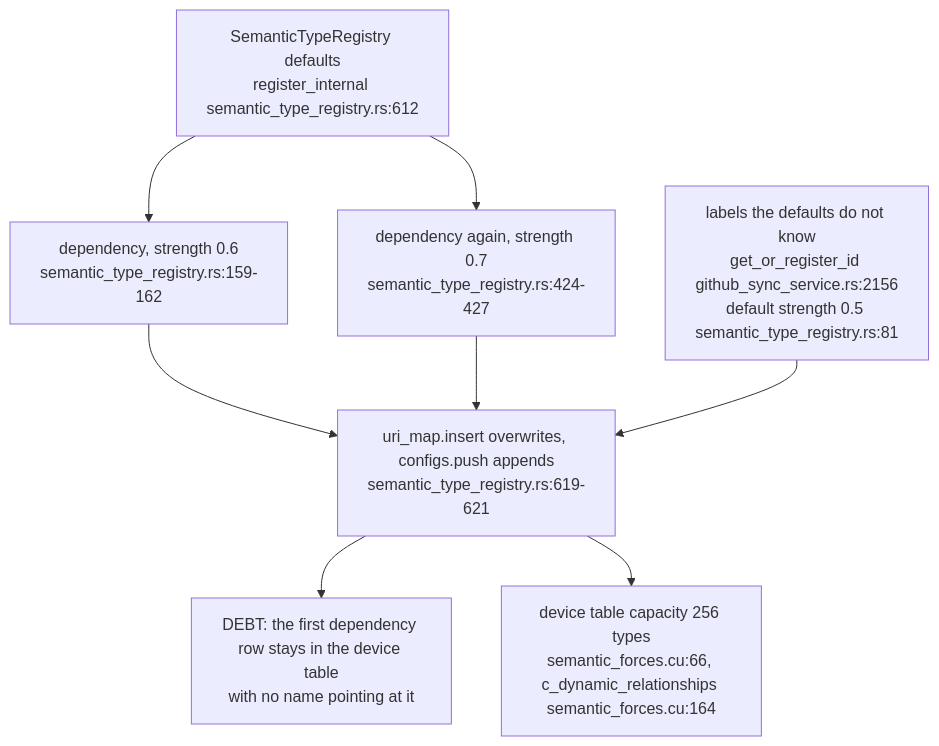
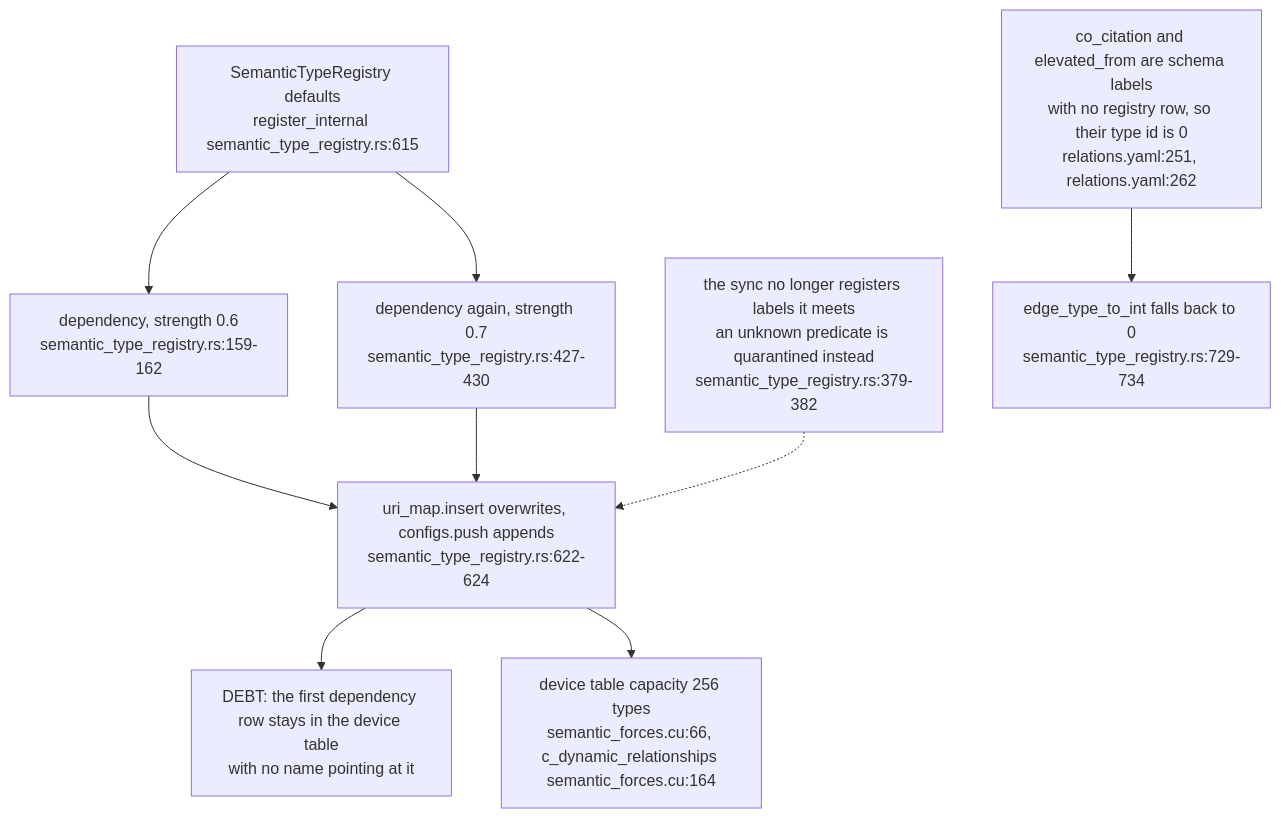
The fifth of 5 diagrams in docs/diagrams/visionclaw/58-corpus-page-to-gpu-edge.md (DreamLab-AI/VisionFlow), drawn with Mermaid before and after one commit. The commit also changed other lines of this file, not shown here.

First line of the commit message:
diagrams(visionclaw): re-verify VC-58 at visionclaw 4900ec60 after ADR-2204

````diff
--- a/docs/diagrams/visionclaw/58-corpus-page-to-gpu-edge.md
+++ b/docs/diagrams/visionclaw/58-corpus-page-to-gpu-edge.md
@@ -131,10 +142,11 @@
 ```mermaid
 flowchart TB
-    NEW["SemanticTypeRegistry defaults<br/>register_internal semantic_type_registry.rs:612"] --> D1["dependency, strength 0.6<br/>semantic_type_registry.rs:159-162"]
-    NEW --> D2["dependency again, strength 0.7<br/>semantic_type_registry.rs:424-427"]
-    D1 --> MAP["uri_map.insert overwrites, configs.push appends<br/>semantic_type_registry.rs:619-621"]
+    NEW["SemanticTypeRegistry defaults<br/>register_internal semantic_type_registry.rs:615"] --> D1["dependency, strength 0.6<br/>semantic_type_registry.rs:159-162"]
+    NEW --> D2["dependency again, strength 0.7<br/>semantic_type_registry.rs:427-430"]
+    D1 --> MAP["uri_map.insert overwrites, configs.push appends<br/>semantic_type_registry.rs:622-624"]
     D2 --> MAP
     MAP --> ORPH["DEBT: the first dependency row stays in the device table<br/>with no name pointing at it"]
-    AUTO["labels the defaults do not know<br/>get_or_register_id github_sync_service.rs:2156<br/>default strength 0.5 semantic_type_registry.rs:81"] --> MAP
+    AUTO["the sync no longer registers labels it meets<br/>an unknown predicate is quarantined instead<br/>semantic_type_registry.rs:379-382"] -.-> MAP
+    SCH["co_citation and elevated_from are schema labels<br/>with no registry row, so their type id is 0<br/>relations.yaml:251, relations.yaml:262"] --> REG0["edge_type_to_int falls back to 0<br/>semantic_type_registry.rs:729-734"]
     MAP --> CAP["device table capacity 256 types<br/>semantic_forces.cu:66, c_dynamic_relationships semantic_forces.cu:164"]
 ```
````
